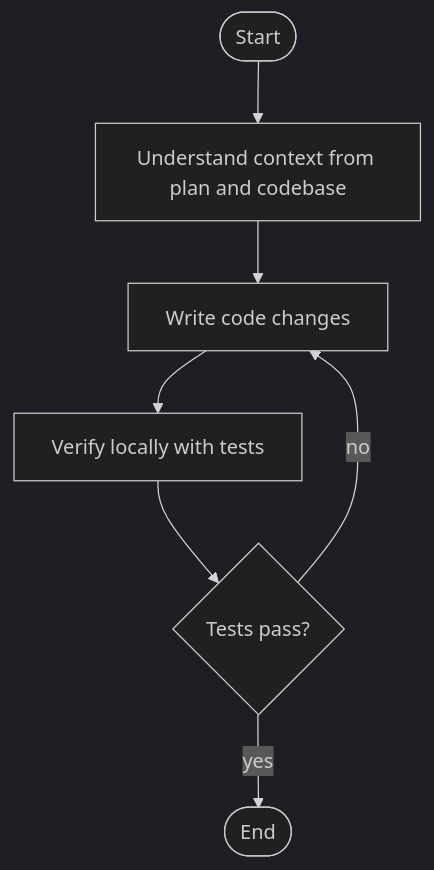
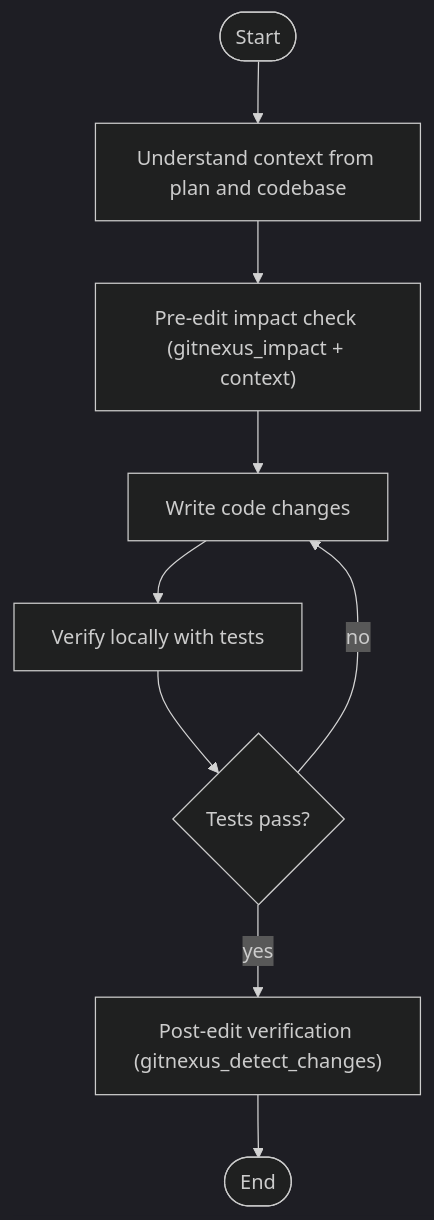
Before and after one commit to m2ux/workflow-server: the third of 4 diagrams in work-package/skills/README.md, drawn with Mermaid (dark theme). The commit also changed other lines of this file and 6 other files, not shown here.

````diff
--- a/work-package/skills/README.md
+++ b/work-package/skills/README.md
@@ -129,9 +131,11 @@
 ```mermaid
 graph TD
     startNode(["Start"]) --> understandContext["Understand context from plan and codebase"]
-    understandContext --> writeCode["Write code changes"]
+    understandContext --> preEditImpact["Pre-edit impact check (gitnexus_impact + context)"]
+    preEditImpact --> writeCode["Write code changes"]
     writeCode --> verifyLocally["Verify locally with tests"]
     verifyLocally --> passCheck{"Tests pass?"}
-    passCheck -->|"yes"| endNode(["End"])
     passCheck -->|"no"| writeCode
+    passCheck -->|"yes"| postEditVerify["Post-edit verification (gitnexus_detect_changes)"]
+    postEditVerify --> endNode(["End"])
 ```
````
